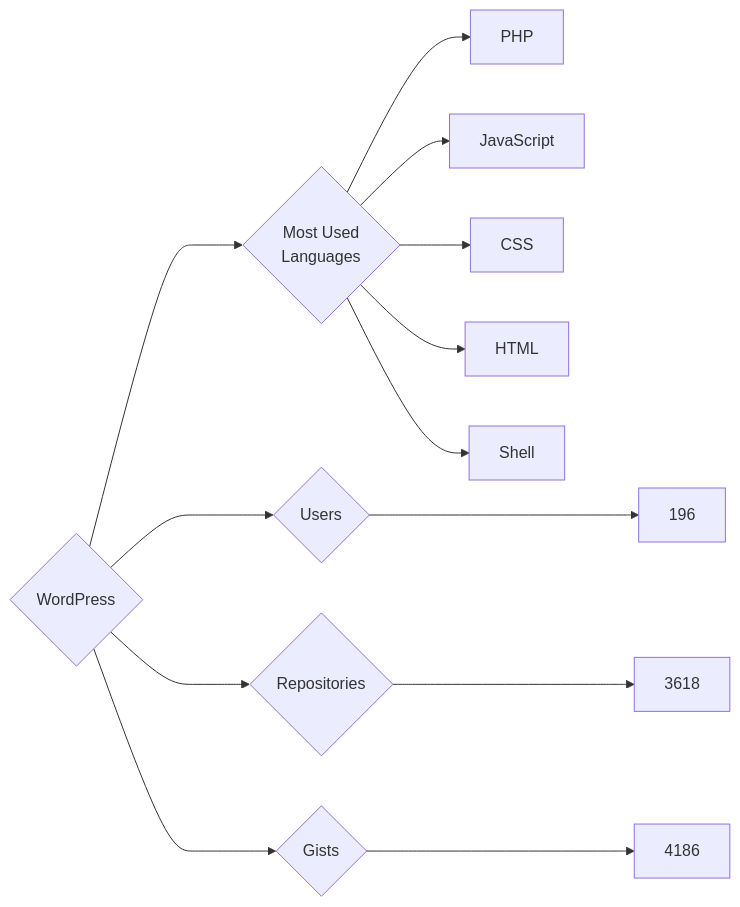
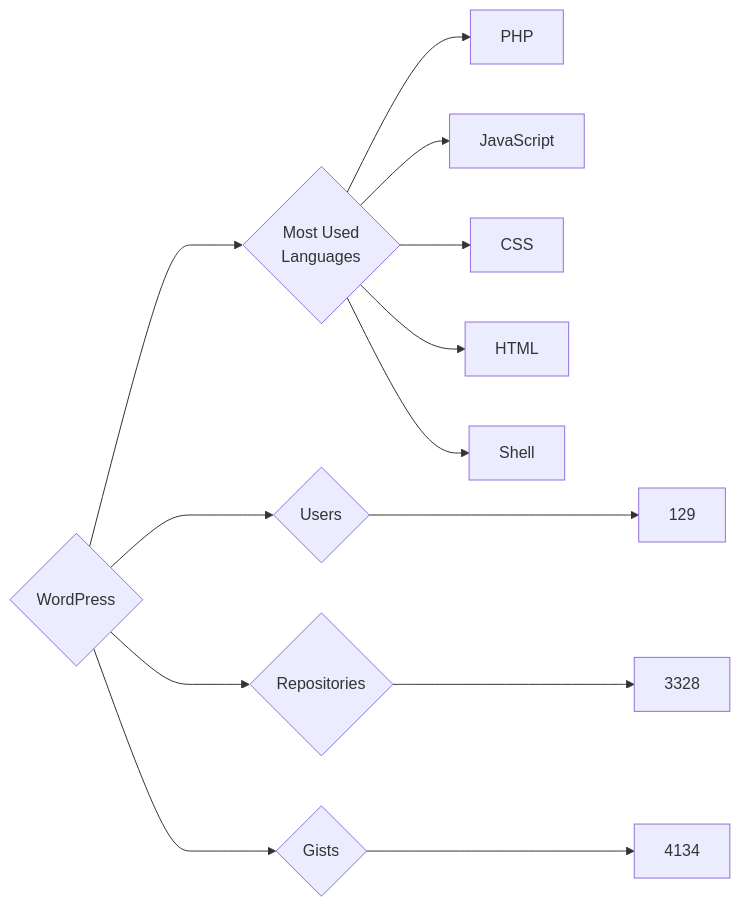
One commit to trickest/insiders changed the diagram in targets/WordPress/README.md. Above: the diagram before and after it, drawn with Mermaid. The commit also changed 964 other files, not shown here.

````diff
--- a/targets/WordPress/README.md
+++ b/targets/WordPress/README.md
@@ -3,13 +3,13 @@
 ```mermaid
 graph LR
 COMPANY_NAME{WordPress}
-COMPANY_NAME ---> U{Users} ---> UN[196]
-COMPANY_NAME ---> R{Repositories} ---> RN[3618]
-COMPANY_NAME ---> G{Gists} ---> GN[4186]
+COMPANY_NAME ---> U{Users} ---> UN[129]
+COMPANY_NAME ---> R{Repositories} ---> RN[3328]
+COMPANY_NAME ---> G{Gists} ---> GN[4134]
 COMPANY_NAME ---> ML{Most Used<br>Languages}
 ML --> PHP[PHP]
 ML --> JavaScript[JavaScript]
 ML --> CSS[CSS]
 ML --> HTML[HTML]
 ML --> Shell[Shell]
 ```
````
